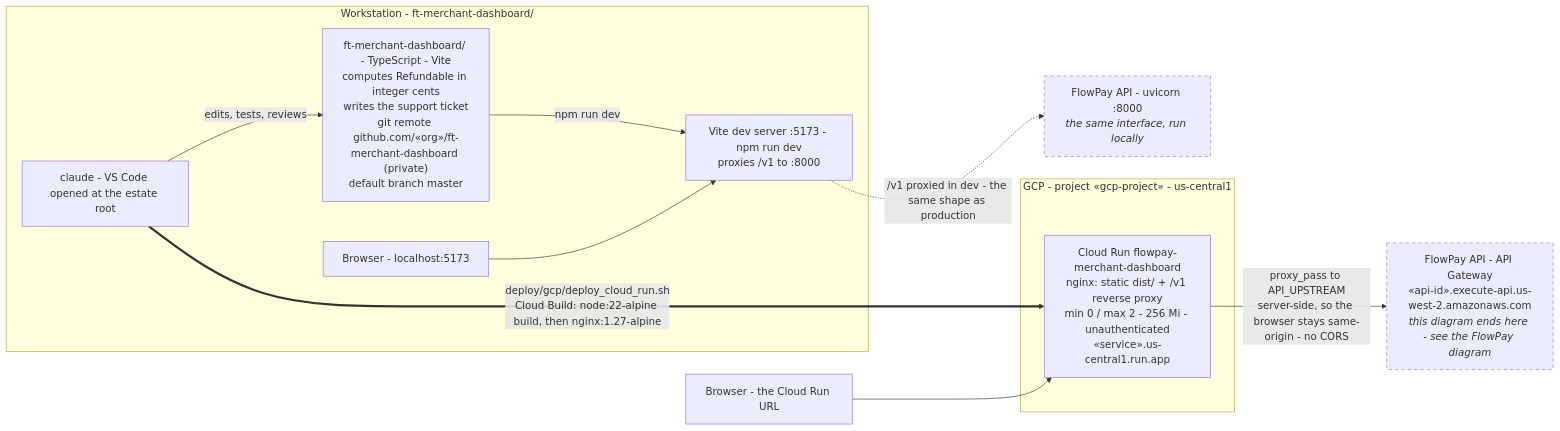
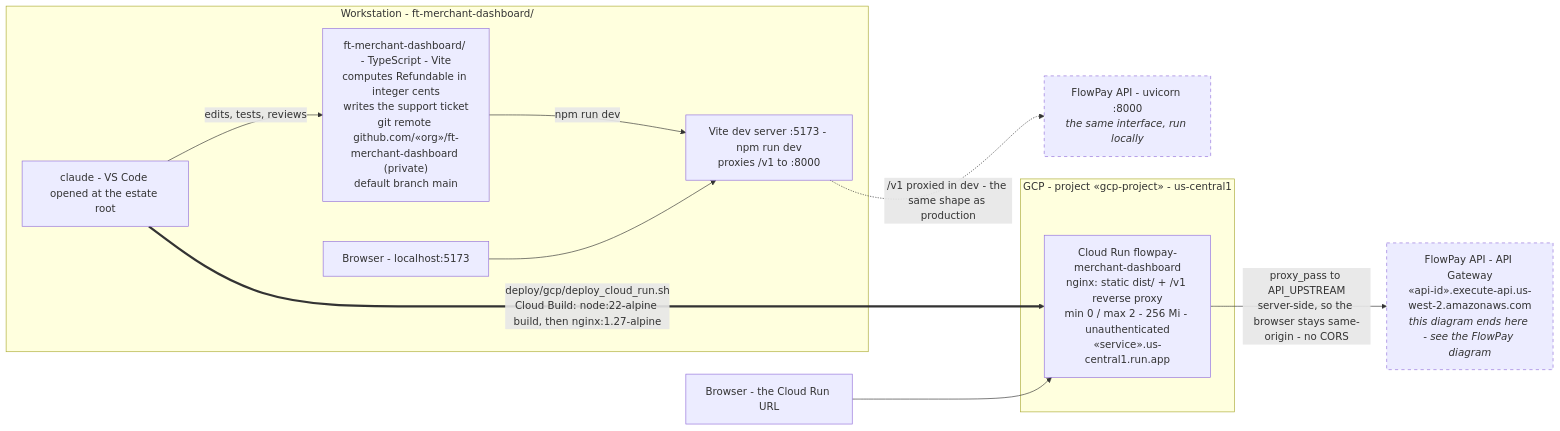
The diagram in src/merchant-dashboard-redacted.mmd (congmingwudi/ft-architecture), drawn with Mermaid before and after one commit. The commit also changed 4 other files, not shown here.

Commit message:
Rebuild architecture page — 2026-08-25

```diff
--- a/src/merchant-dashboard-redacted.mmd
+++ b/src/merchant-dashboard-redacted.mmd
@@ -1,28 +1,28 @@
 flowchart LR
   %% diagram: merchant-dashboard
   subgraph WS["Workstation - ft-merchant-dashboard/"]
     CC["claude - VS Code opened at the estate root"]
-    MD["ft-merchant-dashboard/ - TypeScript - Vite<br/>computes Refundable in integer cents<br/>writes the support ticket<br/>git remote github.com/«org»/ft-merchant-dashboard (private)<br/>default branch master"]
+    MD["ft-merchant-dashboard/ - TypeScript - Vite<br/>computes Refundable in integer cents<br/>writes the support ticket<br/>git remote github.com/«org»/ft-merchant-dashboard (private)<br/>default branch main"]
     VITE["Vite dev server :5173 - npm run dev<br/>proxies /v1 to :8000"]
     B2["Browser - localhost:5173"]
     CC -->|"edits, tests, reviews"| MD
     MD -->|"npm run dev"| VITE
     B2 --> VITE
   end
 
   subgraph GCP["GCP - project «gcp-project» - us-central1"]
     CR["Cloud Run flowpay-merchant-dashboard<br/>nginx: static dist/ + /v1 reverse proxy<br/>min 0 / max 2 - 256 Mi - unauthenticated<br/>«service».us-central1.run.app"]
   end
   %% pushes the Cloud Run cluster past the workstation cluster; without it the
   %% two overlap by 28px and GCP's title renders under the workstation box.
   VITE ~~~ CR
   B["Browser - the Cloud Run URL"] --> CR
   CC ==>|"deploy/gcp/deploy_cloud_run.sh<br/>Cloud Build: node:22-alpine build, then nginx:1.27-alpine"| CR
 
   APIDEP["FlowPay API - API Gateway<br/>«api-id».execute-api.us-west-2.amazonaws.com<br/><i>this diagram ends here - see the FlowPay diagram</i>"]
   APILOC["FlowPay API - uvicorn :8000<br/><i>the same interface, run locally</i>"]
   CR -->|"proxy_pass to API_UPSTREAM<br/>server-side, so the browser stays same-origin - no CORS"| APIDEP
   VITE -.->|"/v1 proxied in dev - the same shape as production"| APILOC
 
   classDef boundary stroke-dasharray:5;
   class APIDEP,APILOC boundary;
```
